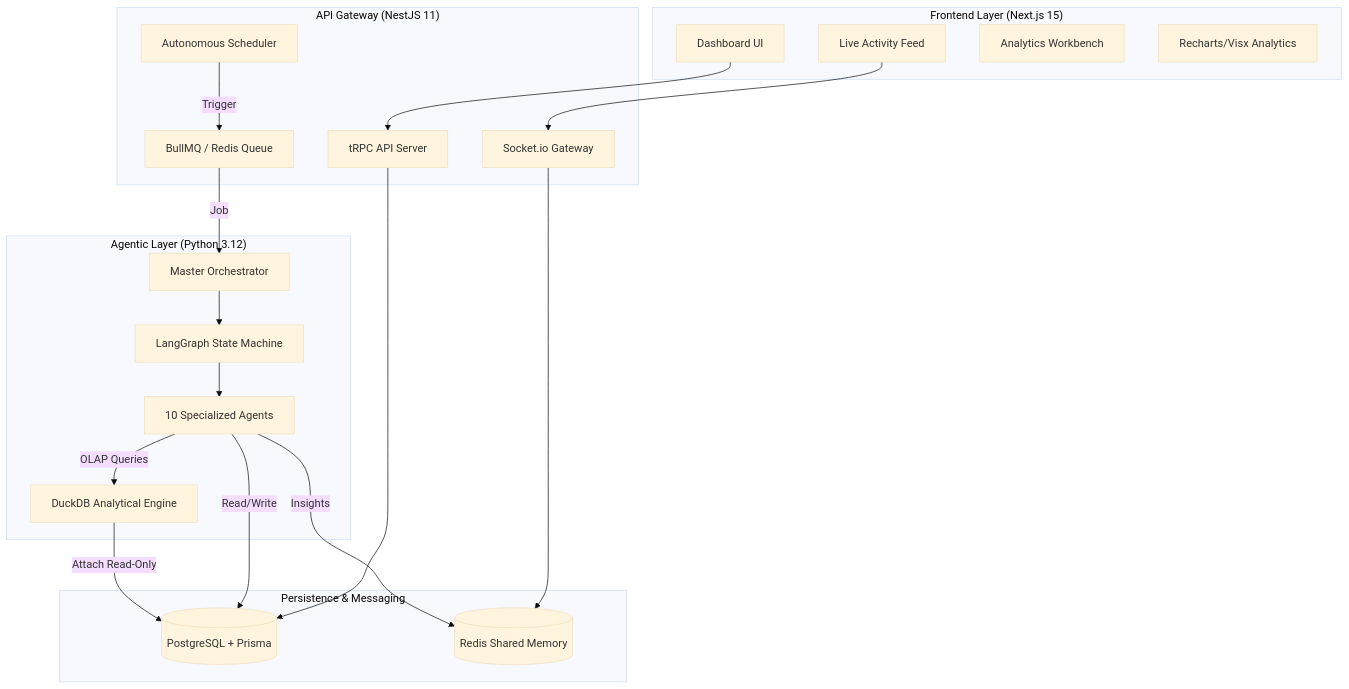
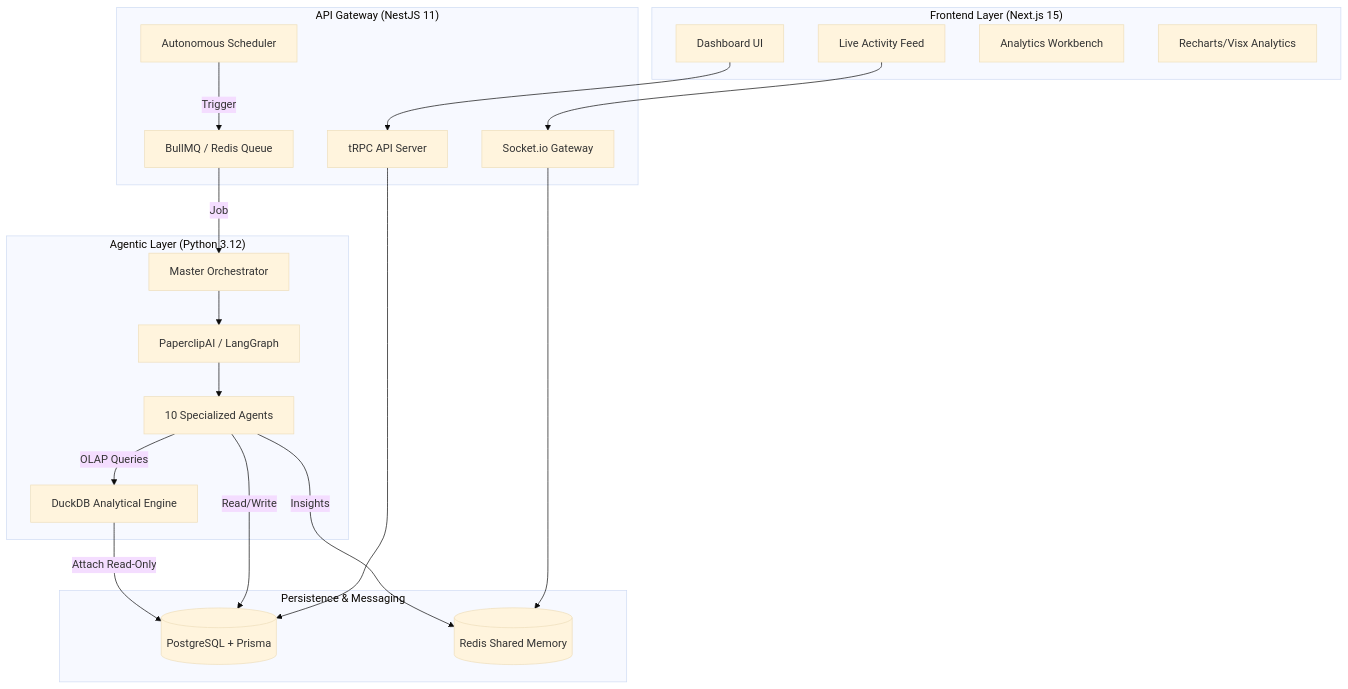
Before and after one commit to aayushsoni-ai/PeakIntel.ai: the first of 3 diagrams in README.md, drawn with Mermaid (base theme). The commit also changed other lines of this file, not shown here.

````diff
--- a/README.md
+++ b/README.md
@@ -23,41 +23,41 @@
 ```mermaid
 graph TB
     subgraph "Frontend Layer (Next.js 15)"
         UI[Dashboard UI]
         Feed[Live Activity Feed]
         WB[Analytics Workbench]
         Charts[Recharts/Visx Analytics]
     end
 
     subgraph "API Gateway (NestJS 11)"
         TRPC[tRPC API Server]
         SCHED[Autonomous Scheduler]
         WS[Socket.io Gateway]
         Bull[BullMQ / Redis Queue]
     end
 
     subgraph "Agentic Layer (Python 3.12)"
         ORCH[Master Orchestrator]
-        LangGraph[LangGraph State Machine]
+        PCLIP[PaperclipAI / LangGraph]
         Agents[10 Specialized Agents]
         DuckDB[DuckDB Analytical Engine]
     end
 
     subgraph "Persistence & Messaging"
         PG[(PostgreSQL + Prisma)]
         Redis[(Redis Shared Memory)]
     end
 
     UI --> TRPC
     TRPC --> PG
     Feed --> WS
     WS --> Redis
     SCHED -->|Trigger| Bull
     Bull -->|Job| ORCH
-    ORCH --> LangGraph
-    LangGraph --> Agents
+    ORCH --> PCLIP
+    PCLIP --> Agents
     Agents -->|Read/Write| PG
     Agents -->|Insights| Redis
     Agents -->|OLAP Queries| DuckDB
     DuckDB -->|Attach Read-Only| PG
 ```
````
